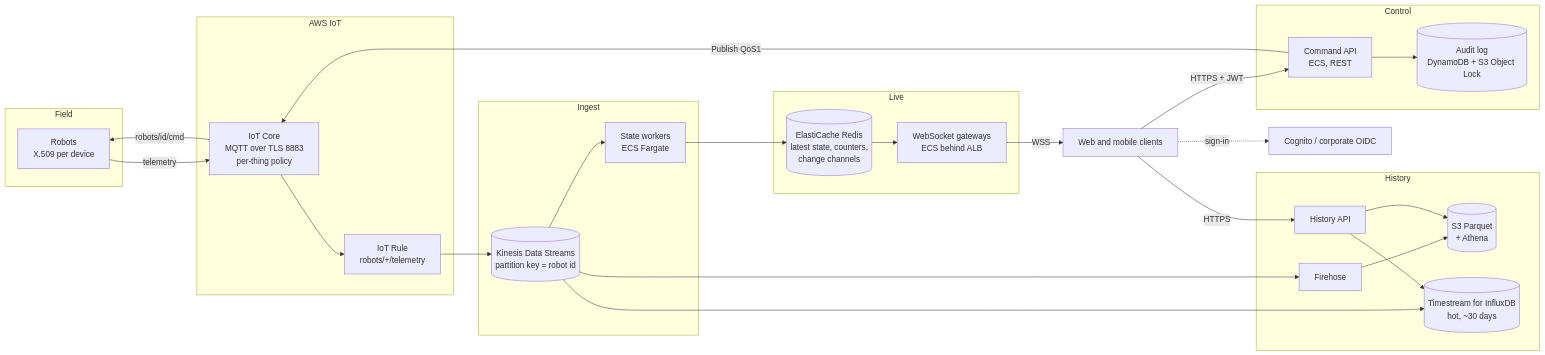
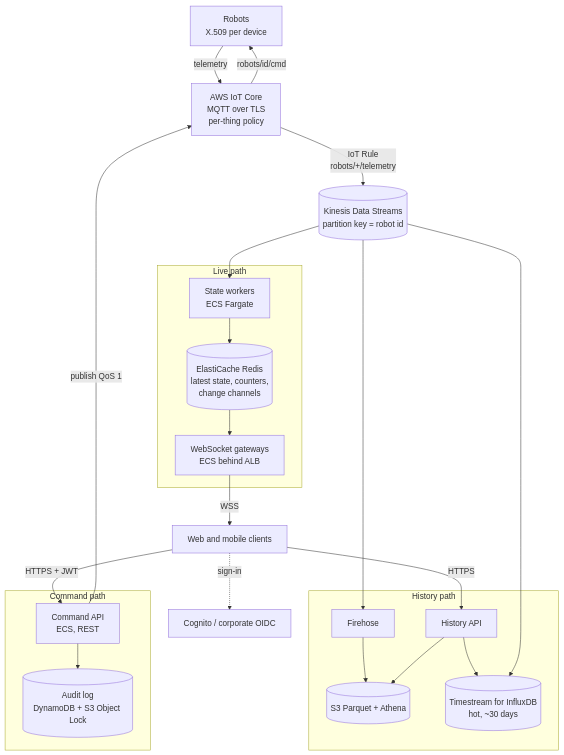
One commit to oliP7/robot-console changed the diagram in docs/DESIGN.md. Above: the diagram before and after it, drawn with Mermaid. The commit also changed other lines of this file and 3 other files, not shown here.

````diff
--- a/docs/DESIGN.md
+++ b/docs/DESIGN.md
@@ -29,38 +15,43 @@
 ```mermaid
-flowchart LR
-  subgraph Field
-    R[Robots<br/>X.509 per device]
+flowchart TB
+  R["Robots<br/>X.509 per device"]
+  IOT["AWS IoT Core<br/>MQTT over TLS<br/>per-thing policy"]
+  KDS[("Kinesis Data Streams<br/>partition key = robot id")]
+  R -- "telemetry" --> IOT
+  IOT -- "IoT Rule<br/>robots/+/telemetry" --> KDS
+  IOT -- "robots/id/cmd" --> R
+
+  subgraph LIVE["Live path"]
+    ING["State workers<br/>ECS Fargate"]
+    REDIS[("ElastiCache Redis<br/>latest state, counters,<br/>change channels")]
+    GW["WebSocket gateways<br/>ECS behind ALB"]
+    ING --> REDIS --> GW
   end
-  subgraph AWS IoT
-    IOT[IoT Core<br/>MQTT over TLS 8883<br/>per-thing policy]
-    RULE[IoT Rule<br/>robots/+/telemetry]
+
+  subgraph HIST["History path"]
+    FH["Firehose"]
+    S3[("S3 Parquet + Athena")]
+    TS[("Timestream for InfluxDB<br/>hot, ~30 days")]
+    HAPI["History API"]
+    FH --> S3
+    HAPI --> TS
+    HAPI --> S3
   end
-  subgraph Ingest
-    KDS[(Kinesis Data Streams<br/>partition key = robot id)]
-    ING[State workers<br/>ECS Fargate]
+
+  subgraph CTRL["Command path"]
+    API["Command API<br/>ECS, REST"]
+    AUDIT[("Audit log<br/>DynamoDB + S3 Object Lock")]
+    API --> AUDIT
   end
-  subgraph Live
-    REDIS[(ElastiCache Redis<br/>latest state, counters,<br/>change channels)]
-    GW[WebSocket gateways<br/>ECS behind ALB]
-  end
-  subgraph Control
-    API[Command API<br/>ECS, REST]
-    AUDIT[(Audit log<br/>DynamoDB + S3 Object Lock)]
-  end
-  subgraph History
-    FH[Firehose] --> S3[(S3 Parquet<br/>+ Athena)]
-    TS[(Timestream for InfluxDB<br/>hot, ~30 days)]
-    HAPI[History API]
-  end
-  OPS[Web and mobile clients]
-  IDP[Cognito / corporate OIDC]
 
-  R -- telemetry --> IOT --> RULE --> KDS --> ING --> REDIS --> GW -- WSS --> OPS
+  KDS --> ING
   KDS --> FH
   KDS --> TS
-  OPS -- HTTPS + JWT --> API -- Publish QoS1 --> IOT -- robots/id/cmd --> R
-  API --> AUDIT
-  OPS -- HTTPS --> HAPI --> TS
-  HAPI --> S3
-  OPS -. sign-in .-> IDP
+  OPS["Web and mobile clients"]
+  IDP["Cognito / corporate OIDC"]
+  GW -- "WSS" --> OPS
+  OPS -- "HTTPS + JWT" --> API
+  API -- "publish QoS 1" --> IOT
+  OPS -- "HTTPS" --> HAPI
+  OPS -. "sign-in" .-> IDP
 ```
````
